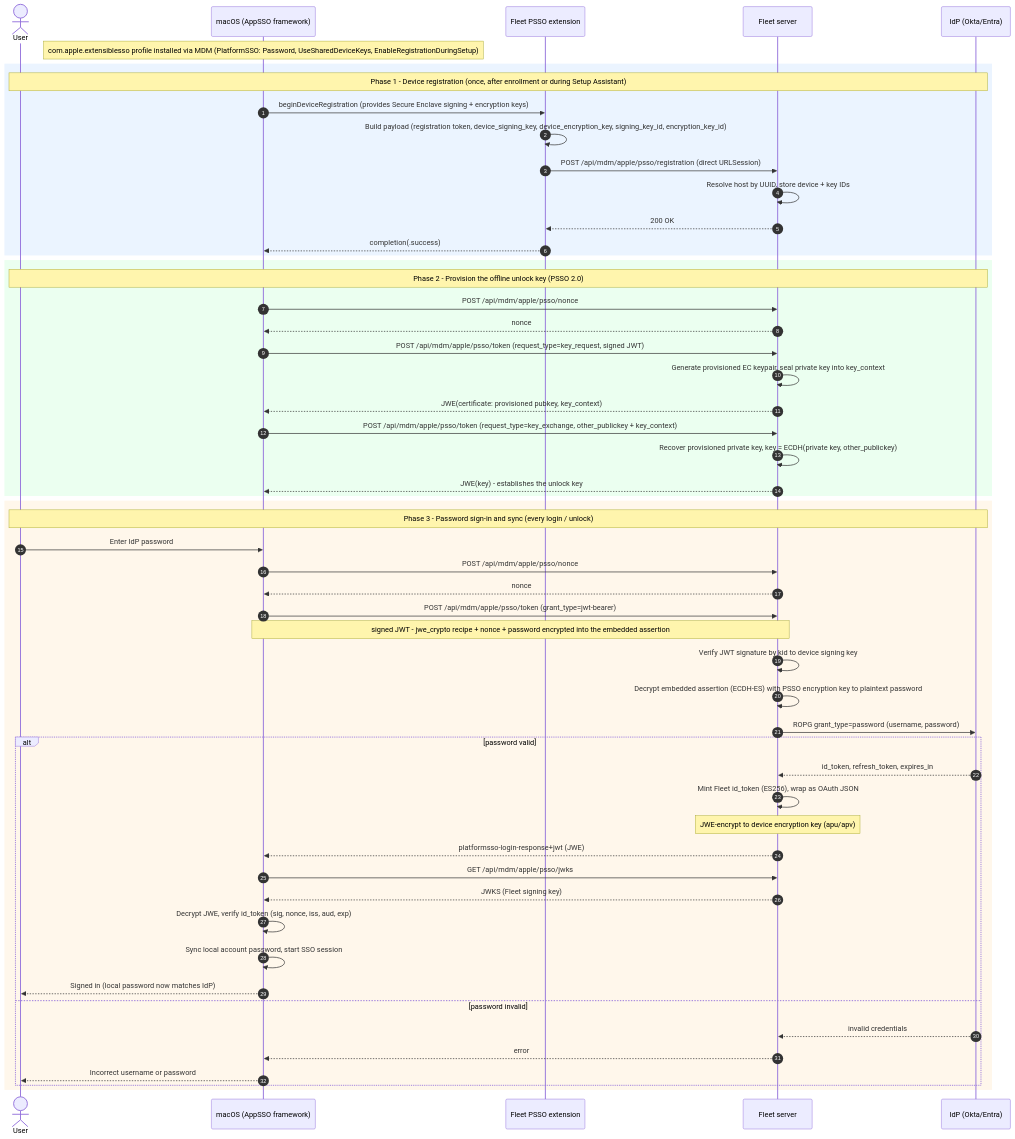
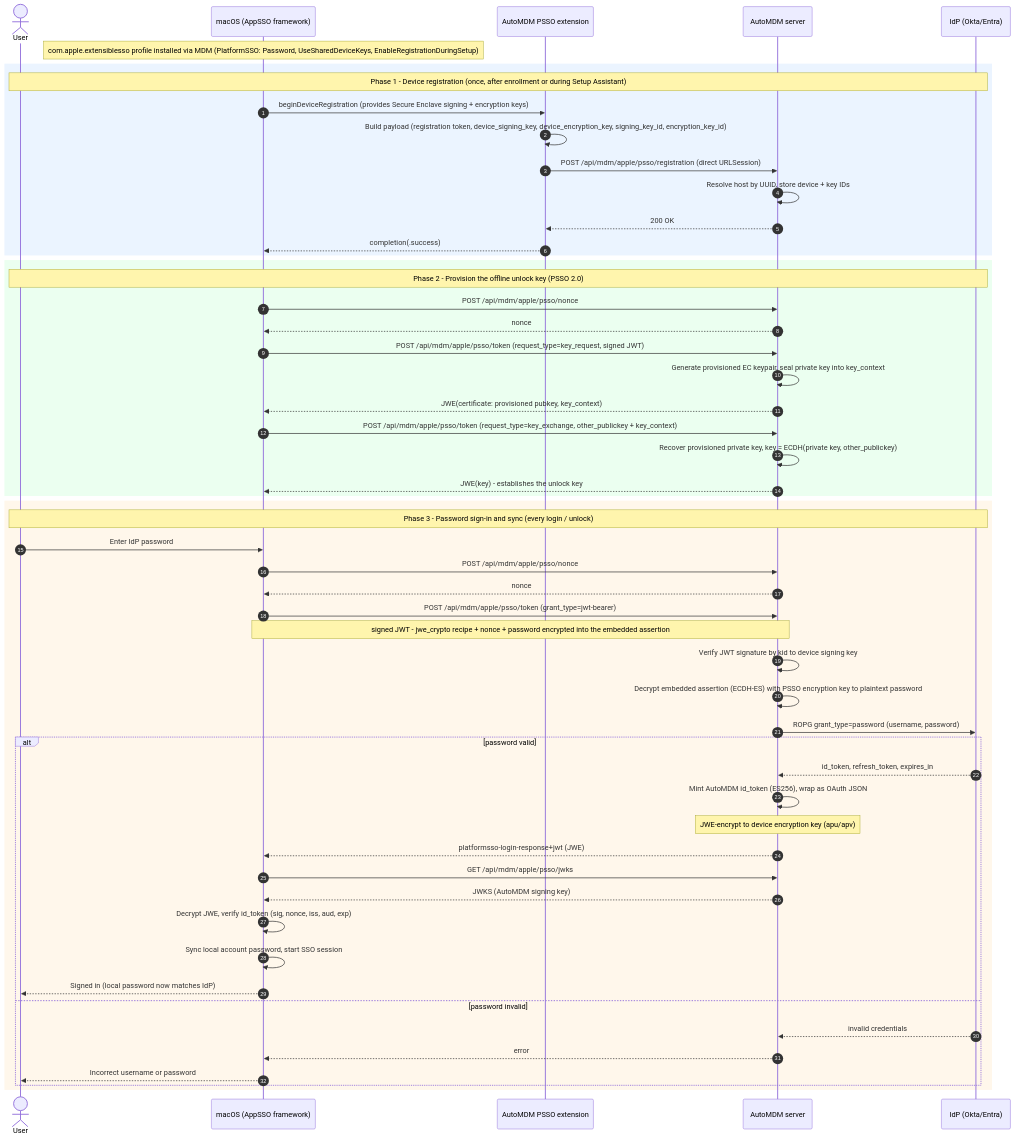
One commit to anilyagiz/AutoMDM changed the diagram in docs/Contributing/mdm/apple/psso.md. Above: the diagram before and after it, drawn with Mermaid. The commit also changed other lines of this file and 7979 other files, not shown here.

First line of the commit message:
Rebrand Fleet as AutoMDM (mechanical pass)

````diff
--- a/docs/Contributing/mdm/apple/psso.md
+++ b/docs/Contributing/mdm/apple/psso.md
@@ -25,60 +25,60 @@
 ```mermaid
 sequenceDiagram
     autonumber
     actor User
     participant macOS as macOS (AppSSO framework)
-    participant Ext as Fleet PSSO extension
-    participant Fleet as Fleet server
+    participant Ext as AutoMDM PSSO extension
+    participant AutoMDM as AutoMDM server
     participant IdP as IdP (Okta/Entra)
 
     Note over macOS: com.apple.extensiblesso profile installed via MDM (PlatformSSO: Password, UseSharedDeviceKeys, EnableRegistrationDuringSetup)
 
     rect rgb(235, 244, 255)
         Note over User,IdP: Phase 1 - Device registration (once, after enrollment or during Setup Assistant)
         macOS->>Ext: beginDeviceRegistration (provides Secure Enclave signing + encryption keys)
         Ext->>Ext: Build payload (registration token, device_signing_key, device_encryption_key, signing_key_id, encryption_key_id)
-        Ext->>Fleet: POST /api/mdm/apple/psso/registration (direct URLSession)
-        Fleet->>Fleet: Resolve host by UUID, store device + key IDs
-        Fleet-->>Ext: 200 OK
+        Ext->>AutoMDM: POST /api/mdm/apple/psso/registration (direct URLSession)
+        AutoMDM->>AutoMDM: Resolve host by UUID, store device + key IDs
+        AutoMDM-->>Ext: 200 OK
         Ext-->>macOS: completion(.success)
     end
 
     rect rgb(235, 255, 240)
         Note over User,IdP: Phase 2 - Provision the offline unlock key (PSSO 2.0)
-        macOS->>Fleet: POST /api/mdm/apple/psso/nonce
-        Fleet-->>macOS: nonce
-        macOS->>Fleet: POST /api/mdm/apple/psso/token (request_type=key_request, signed JWT)
-        Fleet->>Fleet: Generate provisioned EC keypair, seal private key into key_context
-        Fleet-->>macOS: JWE(certificate: provisioned pubkey, key_context)
-        macOS->>Fleet: POST /api/mdm/apple/psso/token (request_type=key_exchange, other_publickey + key_context)
-        Fleet->>Fleet: Recover provisioned private key, key = ECDH(private key, other_publickey)
-        Fleet-->>macOS: JWE(key) - establishes the unlock key
+        macOS->>AutoMDM: POST /api/mdm/apple/psso/nonce
+        AutoMDM-->>macOS: nonce
+        macOS->>AutoMDM: POST /api/mdm/apple/psso/token (request_type=key_request, signed JWT)
+        AutoMDM->>AutoMDM: Generate provisioned EC keypair, seal private key into key_context
+        AutoMDM-->>macOS: JWE(certificate: provisioned pubkey, key_context)
+        macOS->>AutoMDM: POST /api/mdm/apple/psso/token (request_type=key_exchange, other_publickey + key_context)
+        AutoMDM->>AutoMDM: Recover provisioned private key, key = ECDH(private key, other_publickey)
+        AutoMDM-->>macOS: JWE(key) - establishes the unlock key
     end
 
     rect rgb(255, 247, 235)
         Note over User,IdP: Phase 3 - Password sign-in and sync (every login / unlock)
         User->>macOS: Enter IdP password
-        macOS->>Fleet: POST /api/mdm/apple/psso/nonce
-        Fleet-->>macOS: nonce
-        macOS->>Fleet: POST /api/mdm/apple/psso/token (grant_type=jwt-bearer)
-        Note over macOS,Fleet: signed JWT - jwe_crypto recipe + nonce + password encrypted into the embedded assertion
-        Fleet->>Fleet: Verify JWT signature by kid to device signing key
-        Fleet->>Fleet: Decrypt embedded assertion (ECDH-ES) with PSSO encryption key to plaintext password
-        Fleet->>IdP: ROPG grant_type=password (username, password)
+        macOS->>AutoMDM: POST /api/mdm/apple/psso/nonce
+        AutoMDM-->>macOS: nonce
+        macOS->>AutoMDM: POST /api/mdm/apple/psso/token (grant_type=jwt-bearer)
+        Note over macOS,AutoMDM: signed JWT - jwe_crypto recipe + nonce + password encrypted into the embedded assertion
+        AutoMDM->>AutoMDM: Verify JWT signature by kid to device signing key
+        AutoMDM->>AutoMDM: Decrypt embedded assertion (ECDH-ES) with PSSO encryption key to plaintext password
+        AutoMDM->>IdP: ROPG grant_type=password (username, password)
         alt password valid
-            IdP-->>Fleet: id_token, refresh_token, expires_in
-            Fleet->>Fleet: Mint Fleet id_token (ES256), wrap as OAuth JSON
-            Note over Fleet: JWE-encrypt to device encryption key (apu/apv)
-            Fleet-->>macOS: platformsso-login-response+jwt (JWE)
-            macOS->>Fleet: GET /api/mdm/apple/psso/jwks
-            Fleet-->>macOS: JWKS (Fleet signing key)
+            IdP-->>AutoMDM: id_token, refresh_token, expires_in
+            AutoMDM->>AutoMDM: Mint AutoMDM id_token (ES256), wrap as OAuth JSON
+            Note over AutoMDM: JWE-encrypt to device encryption key (apu/apv)
+            AutoMDM-->>macOS: platformsso-login-response+jwt (JWE)
+            macOS->>AutoMDM: GET /api/mdm/apple/psso/jwks
+            AutoMDM-->>macOS: JWKS (AutoMDM signing key)
             macOS->>macOS: Decrypt JWE, verify id_token (sig, nonce, iss, aud, exp)
             macOS->>macOS: Sync local account password, start SSO session
             macOS-->>User: Signed in (local password now matches IdP)
         else password invalid
-            IdP-->>Fleet: invalid credentials
-            Fleet-->>macOS: error
+            IdP-->>AutoMDM: invalid credentials
+            AutoMDM-->>macOS: error
             macOS-->>User: Incorrect username or password
         end
     end
 ```
````
